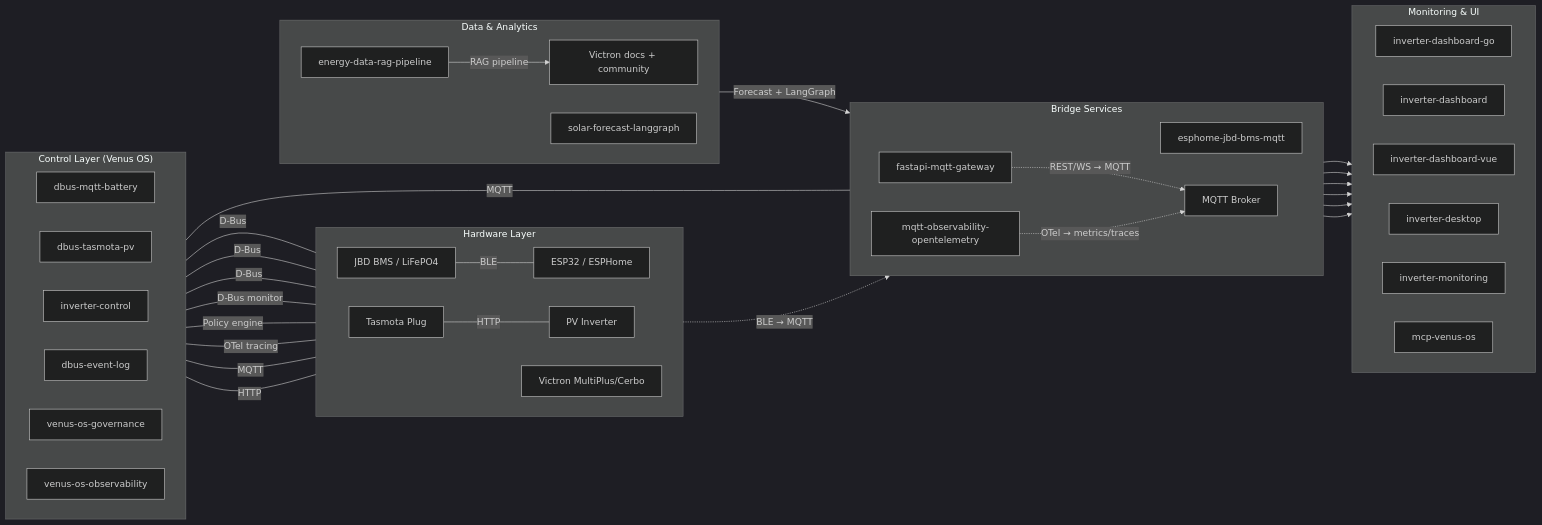
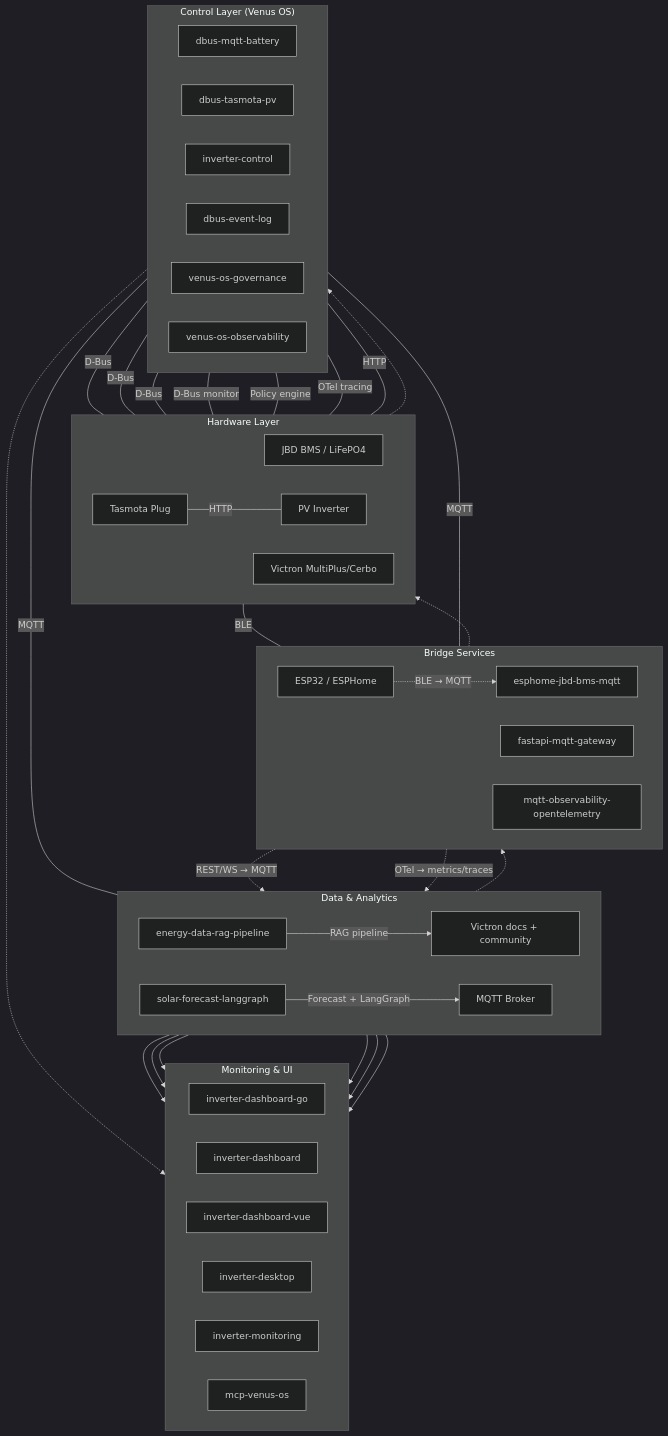
The diagram in README.md (4alvit/4alvit), drawn with Mermaid (dark theme) before and after one commit.

````diff
--- a/README.md
+++ b/README.md
@@ -19,45 +19,51 @@
 ```mermaid
-graph LR
+graph TD
+    subgraph Data["Data & Analytics"]
+        direction LR
+        RAG[energy-data-rag-pipeline] -->|RAG pipeline| DOCS[Victron docs + community]
+        SF[solar-forecast-langgraph] -->|Forecast + LangGraph| MQTT
+    end
+
+    subgraph Bridge["Bridge Services"]
+        direction LR
+        ESP -.->|BLE → MQTT| ESPH[esphome-jbd-bms-mqtt]
+        FG[fastapi-mqtt-gateway] -.->|REST/WS → MQTT| MQTT[MQTT Broker]
+        MO[mqtt-observability-opentelemetry] -.->|OTel → metrics/traces| MQTT
+    end
+
     subgraph Hardware["Hardware Layer"]
         direction LR
         BMS[JBD BMS / LiFePO4] -- BLE --- ESP[ESP32 / ESPHome]
         TP[Tasmota Plug] -- HTTP --- PV[PV Inverter]
         VIC[Victron MultiPlus/Cerbo]
     end
 
     subgraph Control["Control Layer (Venus OS)"]
         direction LR
         ESP -- MQTT --- BM[dbus-mqtt-battery]
         TP -- HTTP --- TV[dbus-tasmota-pv]
         BM -- D-Bus --- VIC
         TV -- D-Bus --- VIC
         IC[inverter-control] -- D-Bus --- VIC
         EL[dbus-event-log] -- D-Bus monitor --- VIC
         GOV[venus-os-governance] -- Policy engine --- VIC
         OBS[venus-os-observability] -- OTel tracing --- VIC
     end
 
-    subgraph Bridge["Bridge Services"]
-        direction LR
-        ESP -.->|BLE → MQTT| ESPH[esphome-jbd-bms-mqtt]
-        FG[fastapi-mqtt-gateway] -.->|REST/WS → MQTT| MQTT[MQTT Broker]
-        MO[mqtt-observability-opentelemetry] -.->|OTel → metrics/traces| MQTT
-    end
-
     subgraph UI["Monitoring & UI"]
         direction LR
         IC -- MQTT --- MQTT
         MQTT --> DGO[inverter-dashboard-go]
         MQTT --> DPY[inverter-dashboard]
         MQTT --> DVUE[inverter-dashboard-vue]
         MQTT --> DT[inverter-desktop]
         MQTT --> MON[inverter-monitoring]
         MQTT --> MCP[mcp-venus-os]
     end
 
-    subgraph Data["Data & Analytics"]
-        direction LR
-        RAG[energy-data-rag-pipeline] -->|RAG pipeline| DOCS[Victron docs + community]
-        SF[solar-forecast-langgraph] -->|Forecast + LangGraph| MQTT
-    end
+    %% Invisible edges to force vertical stack order
+    Data -.-> Bridge
+    Bridge -.-> Hardware
+    Hardware -.-> Control
+    Control -.-> UI
 ```
````
